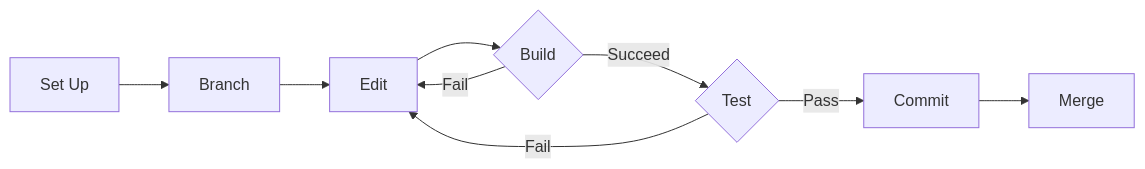
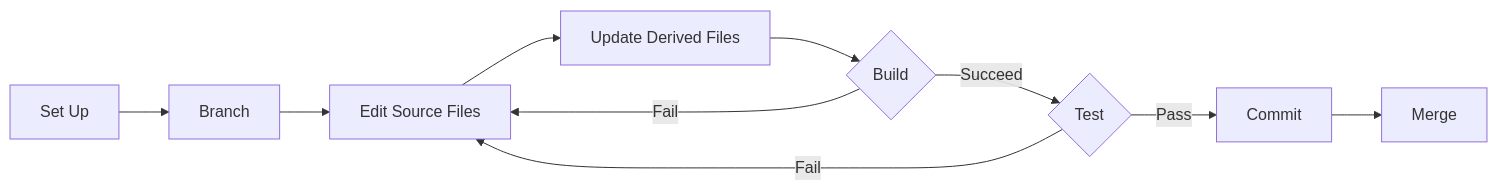
Before and after one commit to Open-Telecoms-Data/standard-development-handbook: the second of 2 diagrams in docs/technical/introduction.md, drawn with Mermaid. The commit also changed other lines of this file, not shown here.

Commit message:
docs/technical/introduction.md: Add updating derived files to workflow

````diff
--- a/docs/technical/introduction.md
+++ b/docs/technical/introduction.md
@@ -72,21 +72,23 @@
 ```mermaid
     flowchart LR
 
         1[Set Up]
         2[Branch]
-        3[Edit]
-        4{Build}
-        5{Test}
-        6[Commit]
-        7[Merge]
+        3[Edit Source Files]
+        4[Update Derived Files]
+        5{Build}
+        6{Test}
+        7[Commit]
+        8[Merge]
 
         1 --> 2
         2 --> 3
         3 --> 4
-        4 -->|Fail| 3
+        4 --> 5
+        5 -->|Fail| 3
 
-        4 -->|Succeed| 5
-        5 -->|Fail| 3
-        5 -->|Pass| 6
-        6 --> 7
+        5 -->|Succeed| 6
+        6 -->|Fail| 3
+        6 -->|Pass| 7
+        7 --> 8
 ```
````
